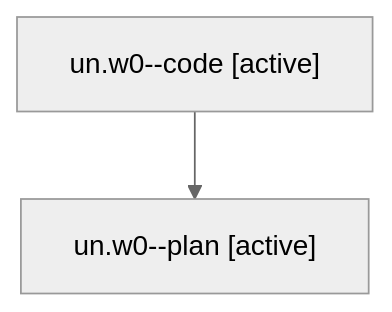
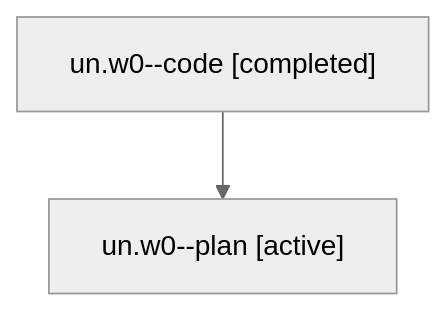
Before and after one commit to sase-org/sase--agents: the diagram in families/bbugyi200.athena.un.w0.md, drawn with Mermaid (neutral theme). The commit also changed other lines of this file and 4556 other files, not shown here.

````diff
--- a/families/bbugyi200.athena.un.w0.md
+++ b/families/bbugyi200.athena.un.w0.md
@@ -9,6 +9,6 @@
 ```mermaid
 flowchart TD
-  n0["un.w0--code [active]"]
+  n0["un.w0--code [completed]"]
   n1["un.w0--plan [active]"]
   n0 --> n1
 ```
````
